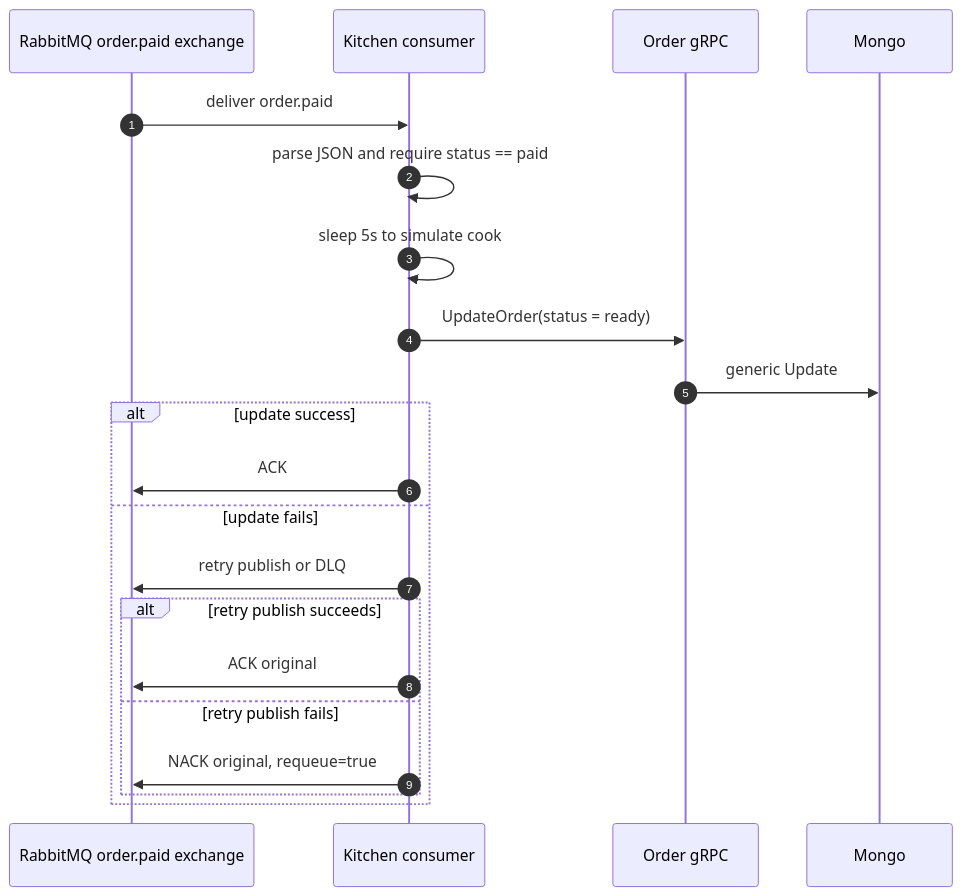
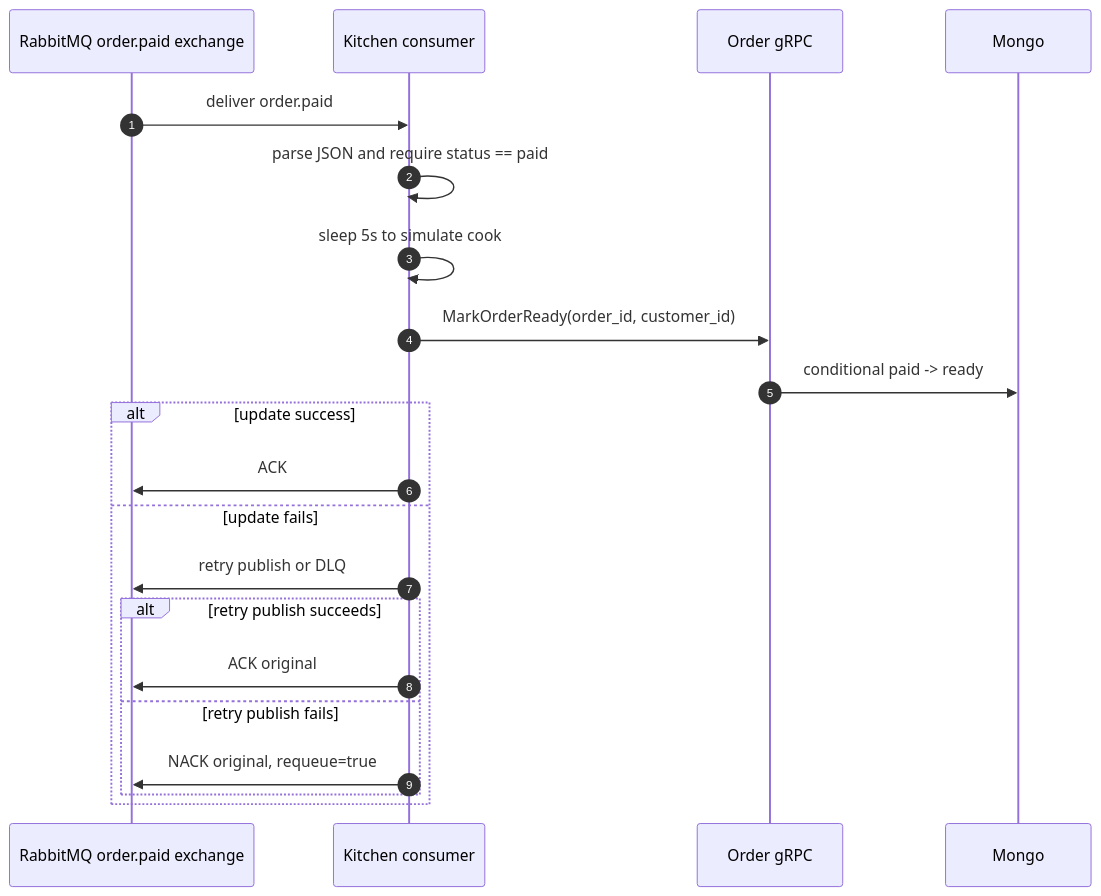
One commit to jiahuipaung/gorder changed the fifth of 5 diagrams in docs/architecture/business-flow.md. Above: the diagram before and after it, drawn with Mermaid. The commit also changed other lines of this file and 9 other files, not shown here.

````diff
--- a/docs/architecture/business-flow.md
+++ b/docs/architecture/business-flow.md
@@ -238,24 +239,24 @@
 ```mermaid
 sequenceDiagram
     autonumber
     participant MQ as RabbitMQ order.paid exchange
     participant Kitchen as Kitchen consumer
     participant OrderGRPC as Order gRPC
     participant Mongo
 
     MQ->>Kitchen: deliver order.paid
     Kitchen->>Kitchen: parse JSON and require status == paid
     Kitchen->>Kitchen: sleep 5s to simulate cook
-    Kitchen->>OrderGRPC: UpdateOrder(status = ready)
-    OrderGRPC->>Mongo: generic Update
+    Kitchen->>OrderGRPC: MarkOrderReady(order_id, customer_id)
+    OrderGRPC->>Mongo: conditional paid -> ready
     alt update success
         Kitchen->>MQ: ACK
     else update fails
         Kitchen->>MQ: retry publish or DLQ
         alt retry publish succeeds
             Kitchen->>MQ: ACK original
         else retry publish fails
             Kitchen->>MQ: NACK original, requeue=true
         end
     end
 ```
````
